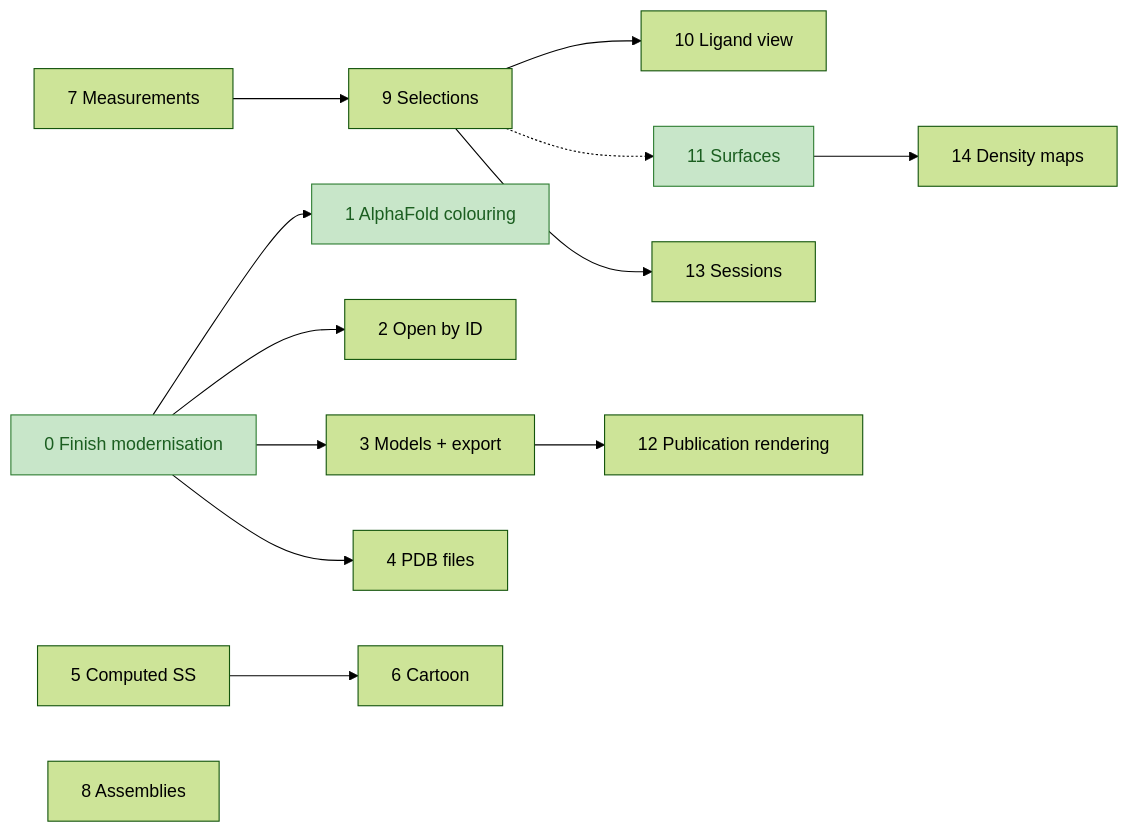
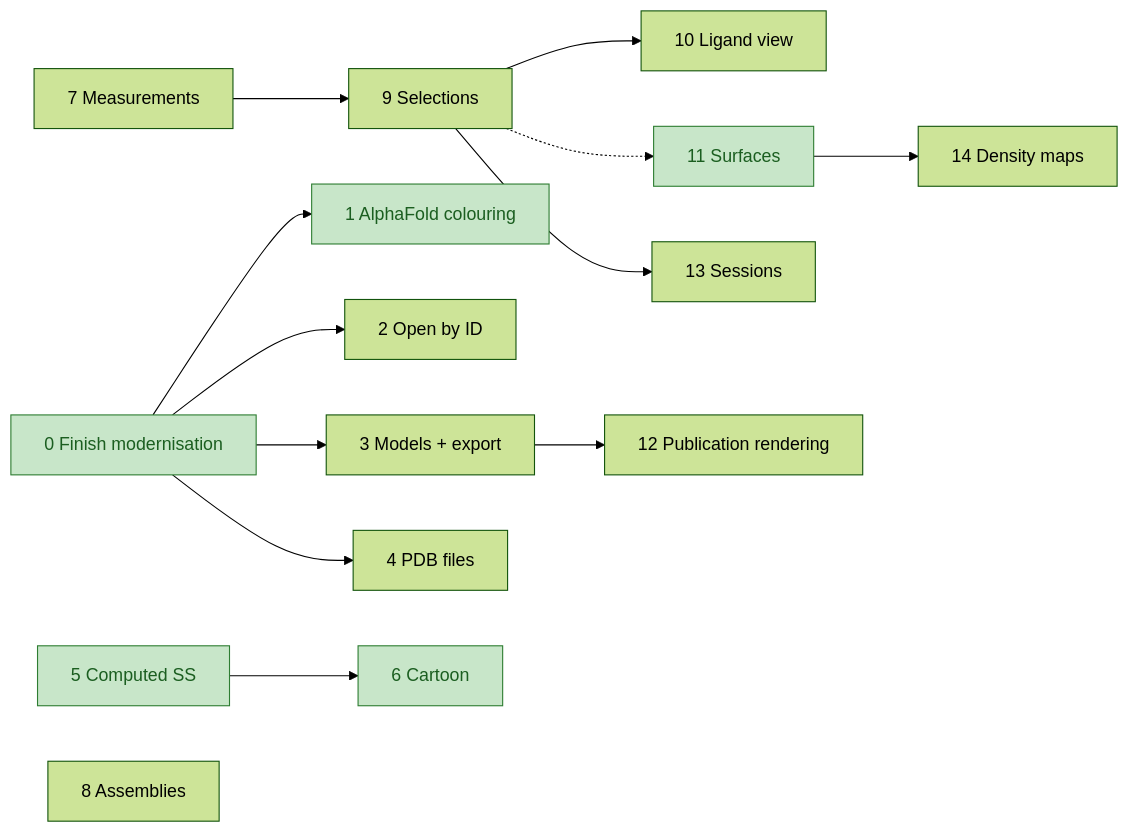
Before and after one commit to PorridgeBear/jmvs: the diagram in docs/roadmap.md, drawn with Mermaid (forest theme). The commit also changed other lines of this file and 47 other files, not shown here.

````diff
--- a/docs/roadmap.md
+++ b/docs/roadmap.md
@@ -37,19 +37,19 @@
 ```mermaid
 flowchart LR
     S0[0 Finish modernisation] --> S1[1 AlphaFold colouring]
     S0 --> S2[2 Open by ID]
     S0 --> S3[3 Models + export]
     S0 --> S4[4 PDB files]
     S5[5 Computed SS] --> S6[6 Cartoon]
     S7[7 Measurements] --> S9[9 Selections]
     S9 --> S10[10 Ligand view]
     S9 -.-> S11[11 Surfaces]
     S9 --> S13[13 Sessions]
     S3 --> S12[12 Publication rendering]
     S11 --> S14[14 Density maps]
     S8[8 Assemblies]
 
     classDef done fill:#c8e6c9,stroke:#2e7d32,color:#1b5e20
     classDef inProgress fill:#fff3c4,stroke:#f9a825,color:#5d4000
-    class S0,S1,S11 done
+    class S0,S1,S5,S6,S11 done
 ```
````
